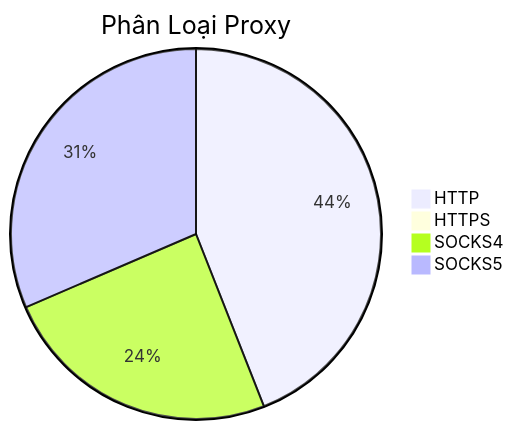
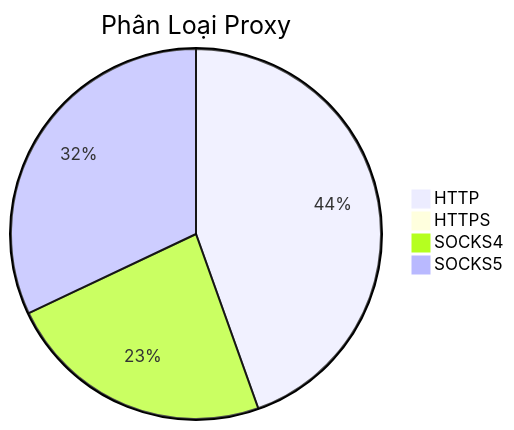
One commit to Ciara-12/PROXY-free changed the diagram in README.md. Above: the diagram before and after it, drawn with Mermaid. The commit also changed other lines of this file and 4 other files, not shown here.

````diff
--- a/README.md
+++ b/README.md
@@ -26,7 +26,7 @@
 ```mermaid
 pie title Phân Loại Proxy
-    "HTTP" : 512
-    "HTTPS" : 1
-    "SOCKS4" : 285
-    "SOCKS5" : 366
+    "HTTP" : 502
+    "HTTPS" : 2
+    "SOCKS4" : 264
+    "SOCKS5" : 361
 ```
````
